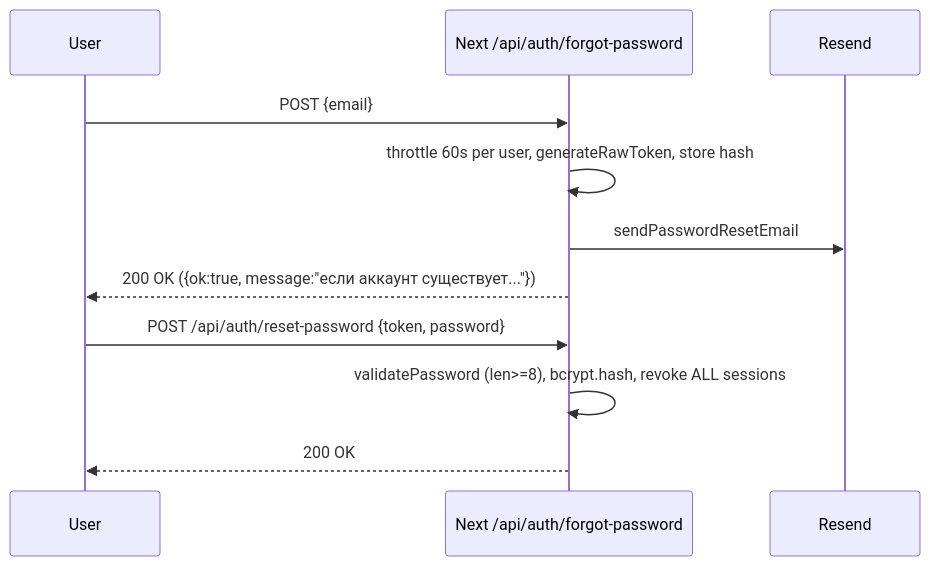
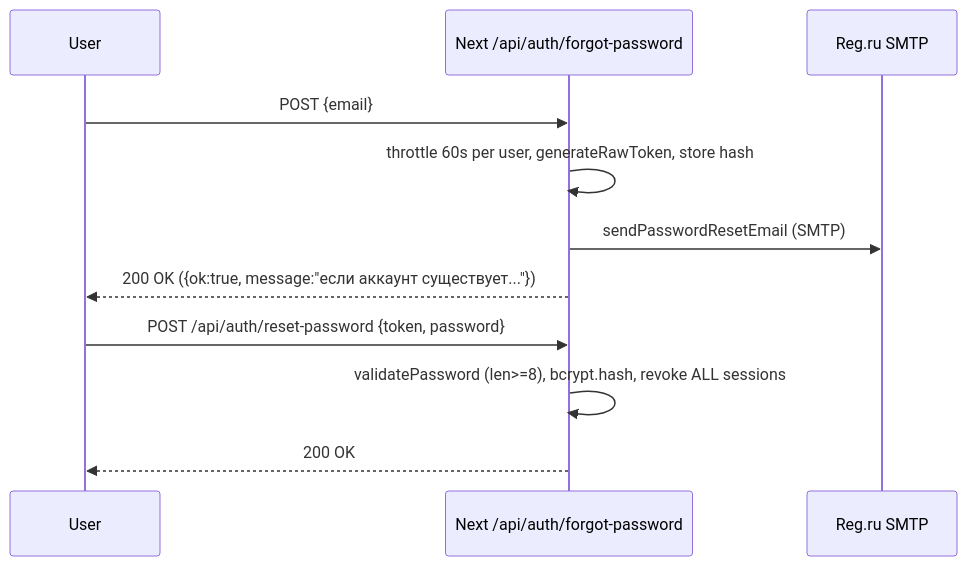
Before and after one commit to Leonidbond/mototwin: the fourth of 4 diagrams in docs/security/threat-model.md, drawn with Mermaid. The commit also changed other lines of this file and 14 other files, not shown here.

First line of the commit message:
Switch transactional email from Resend to Reg.ru SMTP.

````diff
--- a/docs/security/threat-model.md
+++ b/docs/security/threat-model.md
@@ -102,13 +102,13 @@
 ```mermaid
 sequenceDiagram
     participant U as User
     participant N as Next /api/auth/forgot-password
-    participant R as Resend
+    participant M as Reg.ru SMTP
     U->>N: POST {email}
     N->>N: throttle 60s per user, generateRawToken, store hash
-    N->>R: sendPasswordResetEmail
+    N->>M: sendPasswordResetEmail (SMTP)
     N-->>U: 200 OK ({ok:true, message:"если аккаунт существует..."})
     U->>N: POST /api/auth/reset-password {token, password}
     N->>N: validatePassword (len>=8), bcrypt.hash, revoke ALL sessions
     N-->>U: 200 OK
 ```
````
